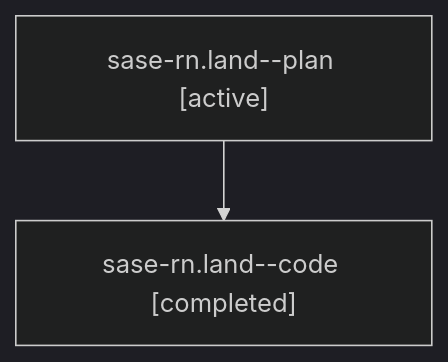
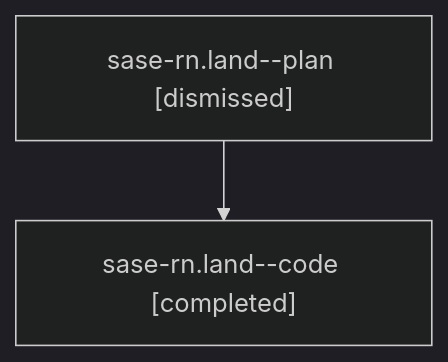
One commit to sase-org/sase--agents changed the diagram in sessions/bbugyi200.athena.sase-rn.land.md. Above: the diagram before and after it, drawn with Mermaid (dark theme). The commit also changed other lines of this file and 172 other files, not shown here.

````diff
--- a/sessions/bbugyi200.athena.sase-rn.land.md
+++ b/sessions/bbugyi200.athena.sase-rn.land.md
@@ -9,6 +9,6 @@
 ```mermaid
 flowchart TD
-  n0["sase-rn.land--plan [active]"]
+  n0["sase-rn.land--plan [dismissed]"]
   n1["sase-rn.land--code [completed]"]
   n0 --> n1
 ```
````
